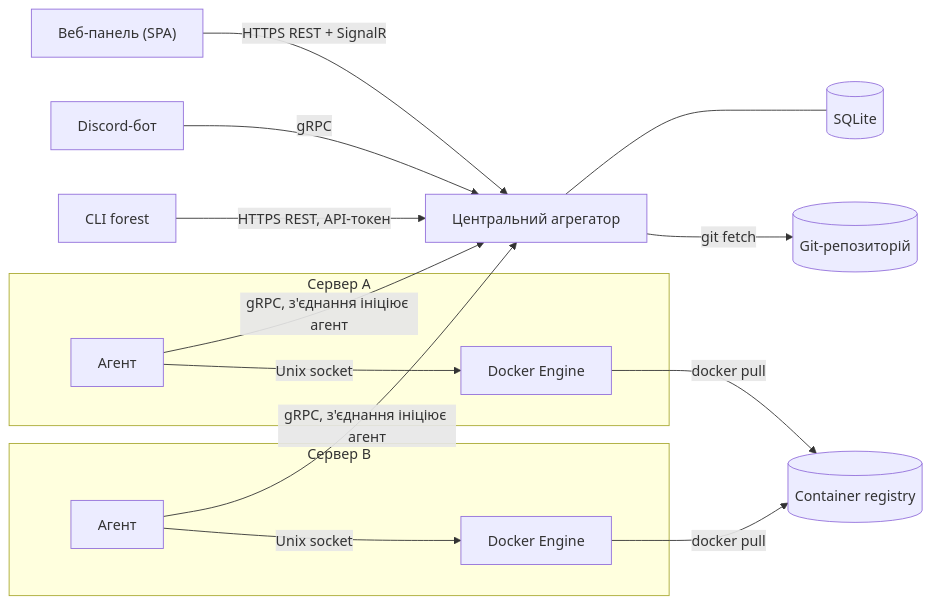
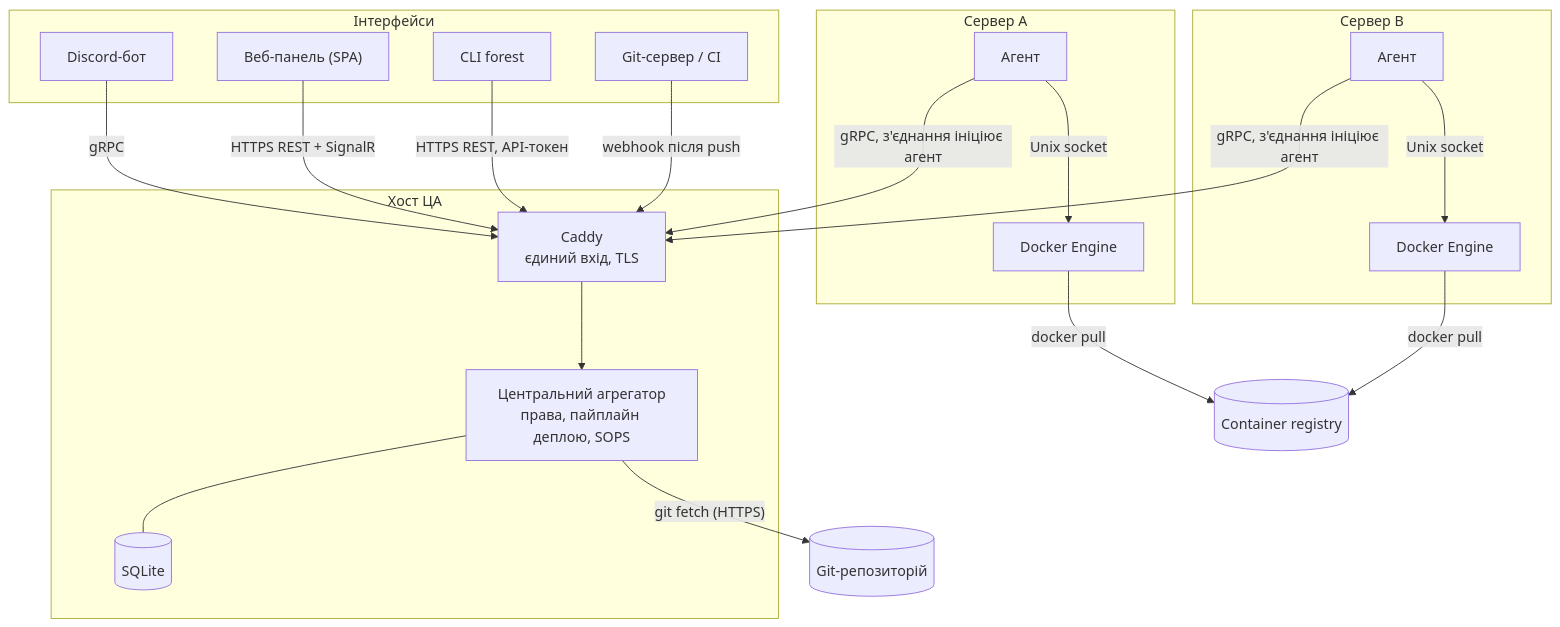
The first of 2 diagrams in docs/project-overview.md (container-forest/container-forest-course), drawn with Mermaid before and after one commit.

Commit message:
docs: replace architecture diagrams with detailed Mermaid versions
Show Caddy as the single entry point, the aggregator layers and deploy
pipeline, authentication on each connection and the data volume. Drop
the PNG diagram in favour of Mermaid rendered by GitHub and DocFX.

Claude-Session: https://claude.ai/code/session_01DovwCNenAuX2Dt3bv4TSVF

````diff
--- a/docs/project-overview.md
+++ b/docs/project-overview.md
@@ -88,18 +88,31 @@
 ```mermaid
-flowchart LR
-  UI["Веб-панель (SPA)"] -->|"HTTPS REST + SignalR"| CA["Центральний агрегатор"]
-  Bot["Discord-бот"] -->|"gRPC"| CA
-  Cli["CLI forest"] -->|"HTTPS REST, API-токен"| CA
-  CA --- DB[("SQLite")]
-  CA -->|"git fetch"| Git[("Git-репозиторій")]
-  subgraph EnvA["Сервер A"]
-    EA1["Агент"] -->|"Unix socket"| D1["Docker Engine"]
+flowchart TB
+  subgraph Clients["Інтерфейси"]
+    Bot["Discord-бот"]
+    UI["Веб-панель (SPA)"]
+    Cli["CLI forest"]
+    Hooks["Git-сервер / CI"]
   end
   subgraph EnvB["Сервер B"]
     EA2["Агент"] -->|"Unix socket"| D2["Docker Engine"]
   end
-  EA1 -->|"gRPC, з'єднання ініціює агент"| CA
-  EA2 -->|"gRPC, з'єднання ініціює агент"| CA
-  D1 -->|"docker pull"| Reg[("Container registry")]
+  subgraph EnvA["Сервер A"]
+    EA1["Агент"] -->|"Unix socket"| D1["Docker Engine"]
+  end
+  subgraph Host["Хост ЦА"]
+    Caddy["Caddy<br/>єдиний вхід, TLS"] --> CA["Центральний агрегатор<br/>права, пайплайн деплою, SOPS"]
+    CA --- DB[("SQLite")]
+  end
+  Git[("Git-репозиторій")]
+  Reg[("Container registry")]
+
+  Bot -->|"gRPC"| Caddy
+  UI -->|"HTTPS REST + SignalR"| Caddy
+  Cli -->|"HTTPS REST, API-токен"| Caddy
+  Hooks -->|"webhook після push"| Caddy
+  EA1 -->|"gRPC, з'єднання ініціює агент"| Caddy
+  EA2 -->|"gRPC, з'єднання ініціює агент"| Caddy
+  CA -->|"git fetch (HTTPS)"| Git
+  D1 -->|"docker pull"| Reg
   D2 -->|"docker pull"| Reg
 ```
````
